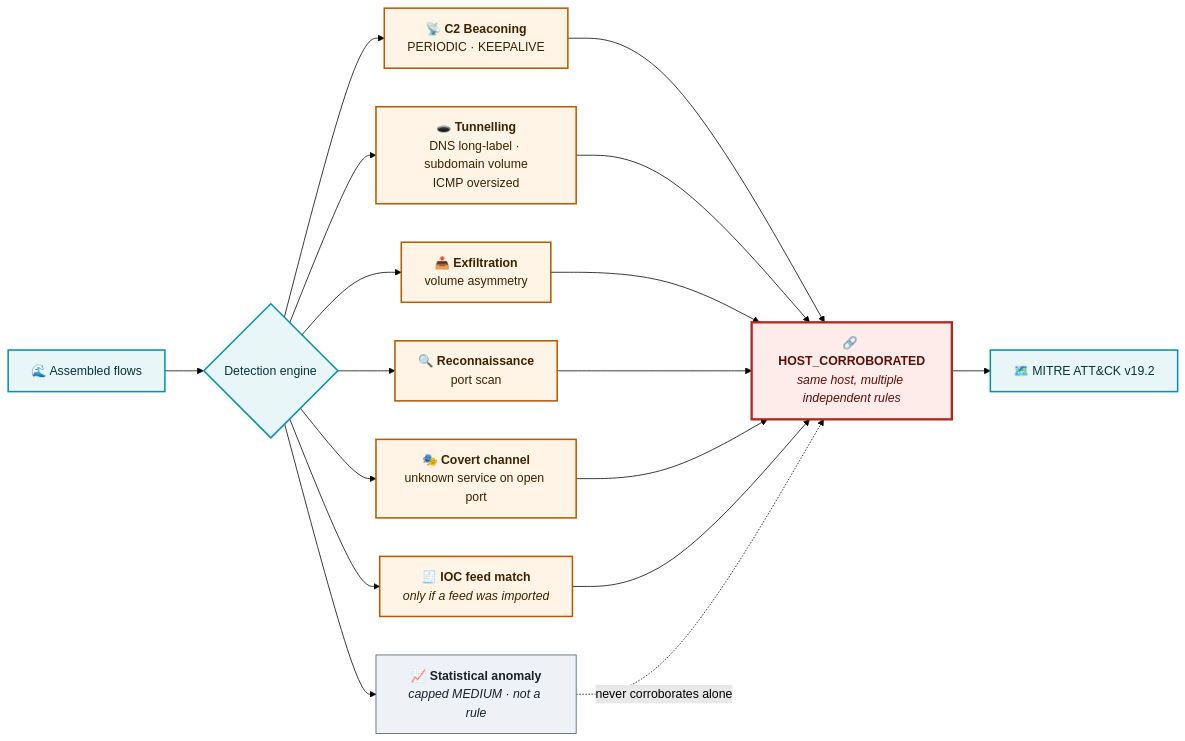
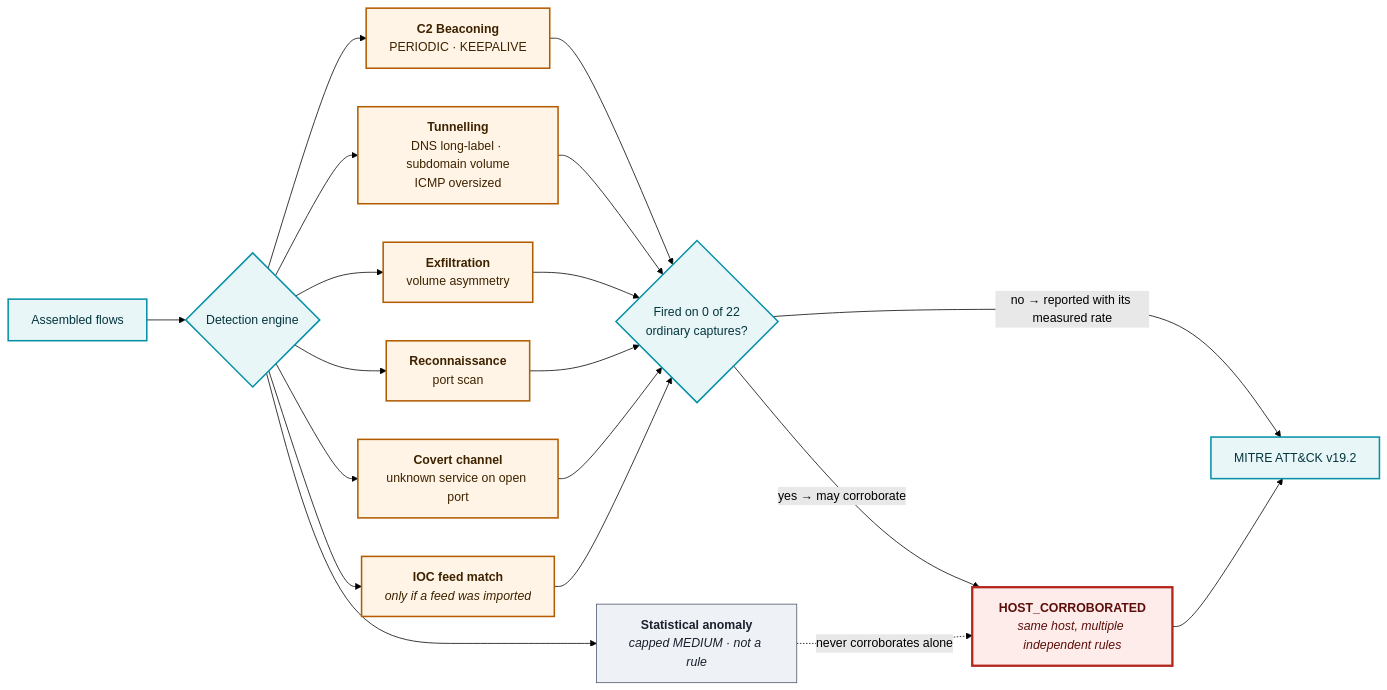
The fifth of 10 diagrams in README.md (Anbu-00001/NetForensiq), drawn with Mermaid (forest theme) before and after one commit. The commit also changed other lines of this file and 29 other files, not shown here.

````diff
--- a/README.md
+++ b/README.md
@@ -194,25 +221,27 @@
 ```mermaid
 flowchart LR
-    FLOWS["🌊 Assembled flows"] --> ENGINE{"Detection engine"}
+    FLOWS["Assembled flows"] --> ENGINE{"Detection engine"}
 
-    ENGINE --> BEACON["📡 <b>C2 Beaconing</b><br/>PERIODIC · KEEPALIVE"]
-    ENGINE --> TUNNEL["🕳️ <b>Tunnelling</b><br/>DNS long-label · subdomain volume<br/>ICMP oversized"]
-    ENGINE --> EXFIL["📤 <b>Exfiltration</b><br/>volume asymmetry"]
-    ENGINE --> RECON["🔍 <b>Reconnaissance</b><br/>port scan"]
-    ENGINE --> COVERT["🎭 <b>Covert channel</b><br/>unknown service on open port"]
-    ENGINE --> IOC["🧾 <b>IOC feed match</b><br/><i>only if a feed was imported</i>"]
-    ENGINE --> ANOM["📈 <b>Statistical anomaly</b><br/><i>capped MEDIUM · not a rule</i>"]
+    ENGINE --> BEACON["<b>C2 Beaconing</b><br/>PERIODIC · KEEPALIVE"]
+    ENGINE --> TUNNEL["<b>Tunnelling</b><br/>DNS long-label · subdomain volume<br/>ICMP oversized"]
+    ENGINE --> EXFIL["<b>Exfiltration</b><br/>volume asymmetry"]
+    ENGINE --> RECON["<b>Reconnaissance</b><br/>port scan"]
+    ENGINE --> COVERT["<b>Covert channel</b><br/>unknown service on open port"]
+    ENGINE --> IOC["<b>IOC feed match</b><br/><i>only if a feed was imported</i>"]
+    ENGINE --> ANOM["<b>Statistical anomaly</b><br/><i>capped MEDIUM · not a rule</i>"]
 
-    BEACON & TUNNEL & EXFIL & RECON & COVERT & IOC --> CORR["🔗 <b>HOST_CORROBORATED</b><br/><i>same host, multiple independent rules</i>"]
-    CORR --> ATT["🗺️ MITRE ATT&amp;CK v19.2"]
+    BEACON & TUNNEL & EXFIL & RECON & COVERT & IOC --> RATE{"Fired on 0 of 22<br/>ordinary captures?"}
+    RATE -->|"yes → may corroborate"| CORR["<b>HOST_CORROBORATED</b><br/><i>same host, multiple independent rules</i>"]
+    RATE -->|"no → reported with its measured rate"| ATT
+    CORR --> ATT["MITRE ATT&amp;CK v19.2"]
     ANOM -.->|never corroborates alone| CORR
 
     classDef flow fill:#E8F6F8,stroke:#0891A6,stroke-width:2px,color:#04353D
     classDef rule fill:#FFF4E5,stroke:#B35C00,stroke-width:2px,color:#3D2200
     classDef crit fill:#FDECEA,stroke:#B3261E,stroke-width:3px,color:#5C0F0A
     classDef soft fill:#EEF2F7,stroke:#4A5568,stroke-width:1px,color:#1A202C
-    class FLOWS,ENGINE,ATT flow
+    class FLOWS,ENGINE,ATT,RATE flow
     class BEACON,TUNNEL,EXFIL,RECON,COVERT,IOC rule
     class CORR crit
     class ANOM soft
 ```
````
